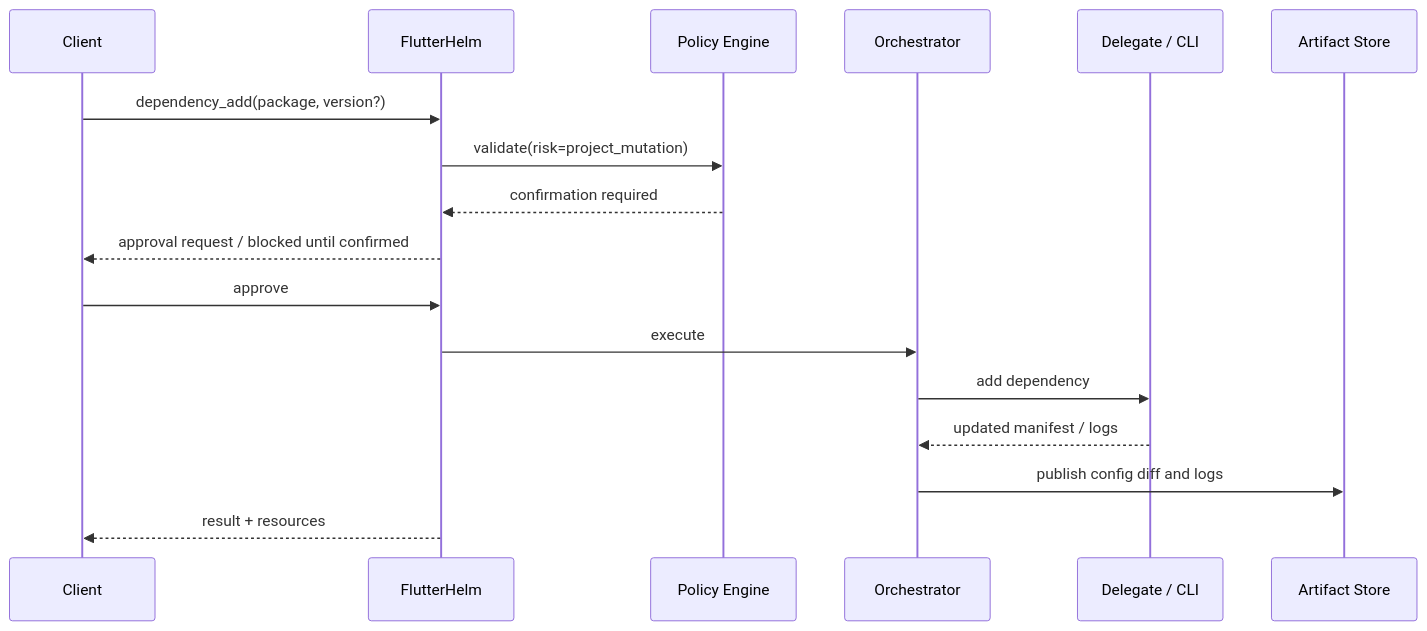
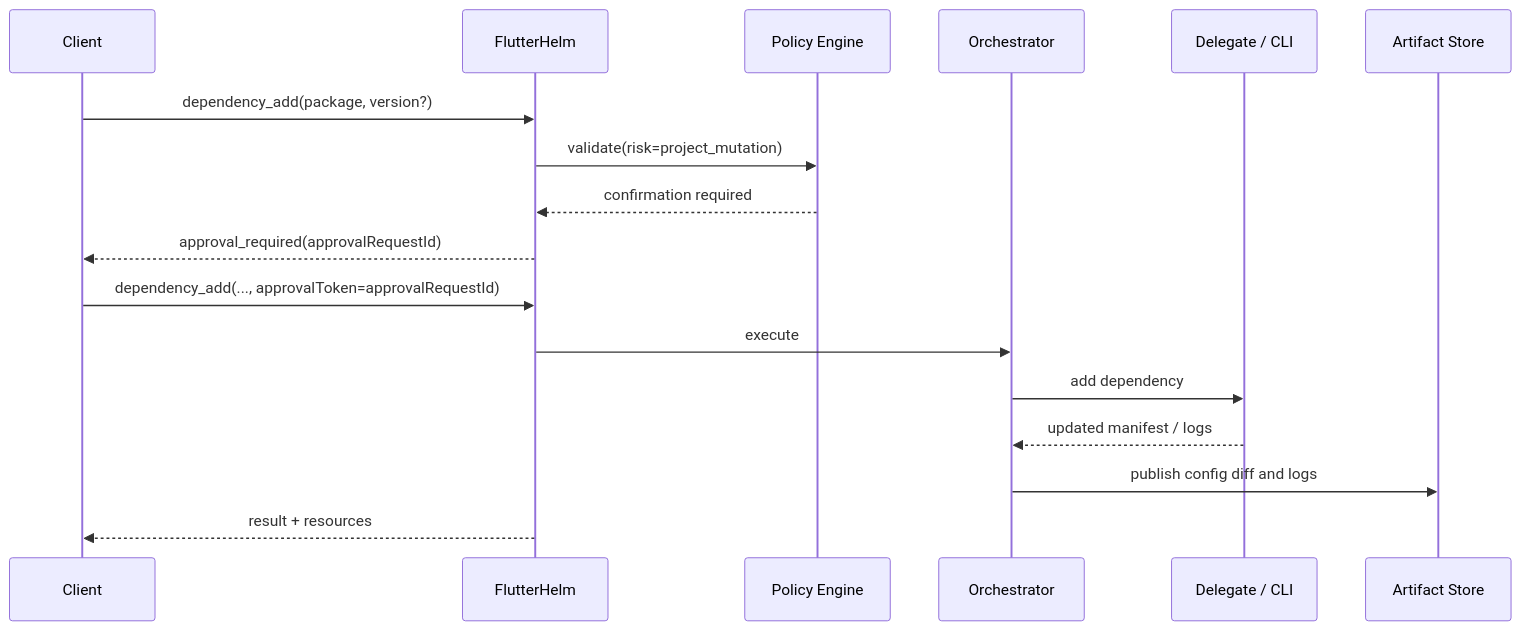
One commit to CAPHTECH/flutterhelm changed the fourth of 4 diagrams in docs/03-architecture.md. Above: the diagram before and after it, drawn with Mermaid. The commit also changed 25 other files, not shown here.

````diff
--- a/docs/03-architecture.md
+++ b/docs/03-architecture.md
@@ -250,20 +250,20 @@
 ```mermaid
 sequenceDiagram
     participant C as Client
     participant H as FlutterHelm
     participant P as Policy Engine
     participant O as Orchestrator
     participant D as Delegate / CLI
     participant A as Artifact Store
 
     C->>H: dependency_add(package, version?)
     H->>P: validate(risk=project_mutation)
     P-->>H: confirmation required
-    H-->>C: approval request / blocked until confirmed
-    C->>H: approve
+    H-->>C: approval_required(approvalRequestId)
+    C->>H: dependency_add(..., approvalToken=approvalRequestId)
     H->>O: execute
     O->>D: add dependency
     D-->>O: updated manifest / logs
     O->>A: publish config diff and logs
     H-->>C: result + resources
 ```
````
